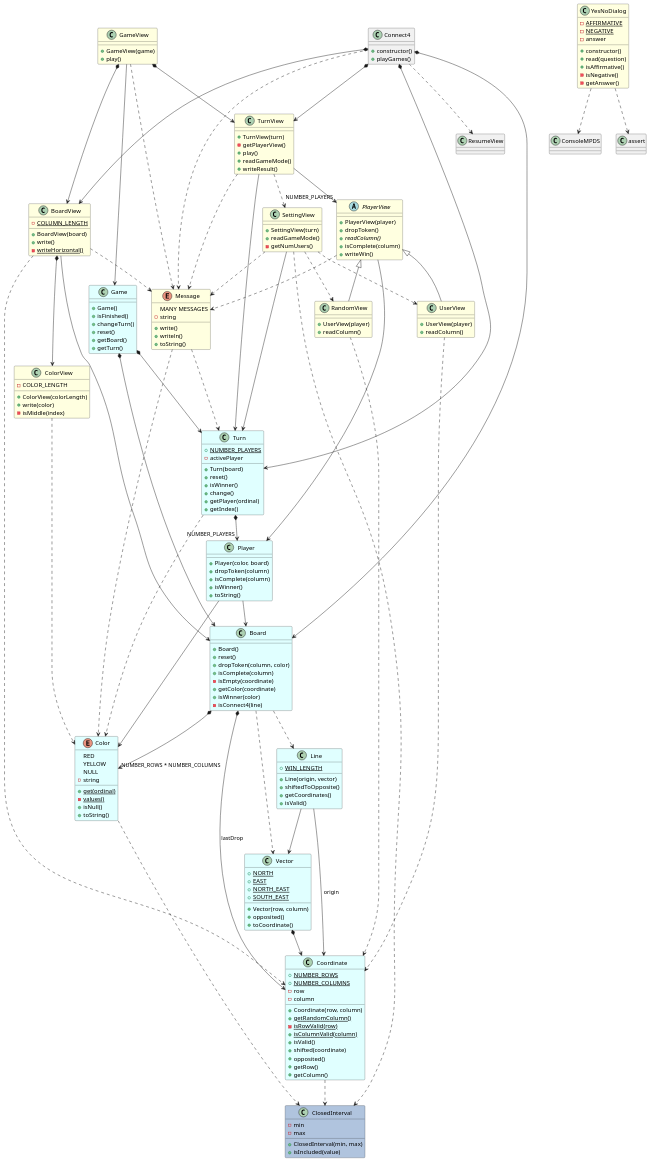
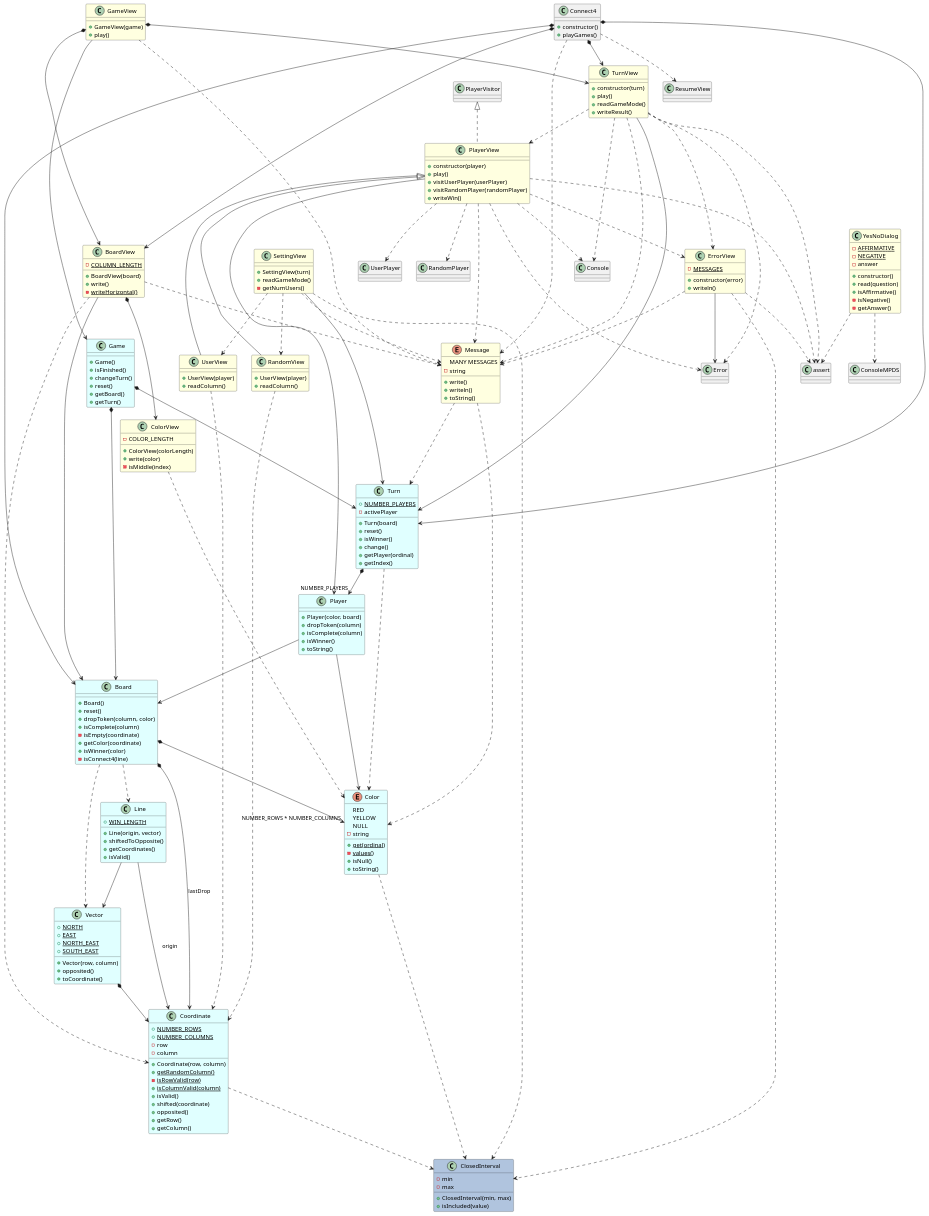
Before and after one commit to PabloMartinFluvia/myGame-connect4: the diagram in docs/dev-resume/src/analysis.plantuml, drawn with PlantUML. The commit also changed 2 other files, not shown here.

Commit message:
task 6: added ErrorView

```diff
--- a/docs/dev-resume/src/analysis.plantuml
+++ b/docs/dev-resume/src/analysis.plantuml
@@ -25,6 +25,54 @@
 }
 YesNoDialog ..> ConsoleMPDS
 YesNoDialog ..> assert
+
+class TurnView #LightYellow {
+
+    + constructor(turn)    
+    + play()
+    + readGameMode()
+    + writeResult()    
+}
+TurnView --> Turn
+TurnView ..> PlayerView
+TurnView ..> Error
+TurnView ..> ErrorView
+TurnView ..> Message
+TurnView ..> Console
+TurnView ..> assert
+
+class PlayerView #LightYellow {
+
+    + constructor(player)    
+    + play()
+    + visitUserPlayer(userPlayer)
+    + visitRandomPlayer(randomPlayer)
+    + writeWin()
+}
+PlayerVisitor <|.. PlayerView
+PlayerView --> Player
+PlayerView ..> UserPlayer
+PlayerView ..> RandomPlayer
+PlayerView ..> Error
+PlayerView ..> ErrorView
+PlayerView ..> Message
+PlayerView ..> Console
+PlayerView ..> assert
+
+class ErrorView #LightYellow {
+    - {static} MESSAGES
+
+    + constructor(error)
+    + writeln()
+}
+ErrorView --> Error
+ErrorView ..> Message
+ErrorView ..> ClosedInterval
+ErrorView ..> assert
+
+
+
+
 
 class GameView #LightYellow {
 
@@ -57,18 +105,7 @@
 }
 ColorView ..> Color
 
-class TurnView #LightYellow {
 
-    + TurnView(turn)
-    - getPlayerView()
-    + play()
-    + readGameMode()
-    + writeResult()    
-}
-TurnView --> Turn
-TurnView --> "NUMBER_PLAYERS" PlayerView
-TurnView ..> Message
-TurnView ..> SettingView
 
 class SettingView #LightYellow {
 
@@ -82,16 +119,7 @@
 SettingView ..> UserView
 SettingView ..> RandomView
 
-abstract class PlayerView #LightYellow {
 
-    + PlayerView(player)    
-    + dropToken()
-    + {abstract} readColumn()
-    + isComplete(column)
-    + writeWin()
-}
-PlayerView --> Player
-PlayerView ..> Message
 
 class UserView #LightYellow {
 
```
